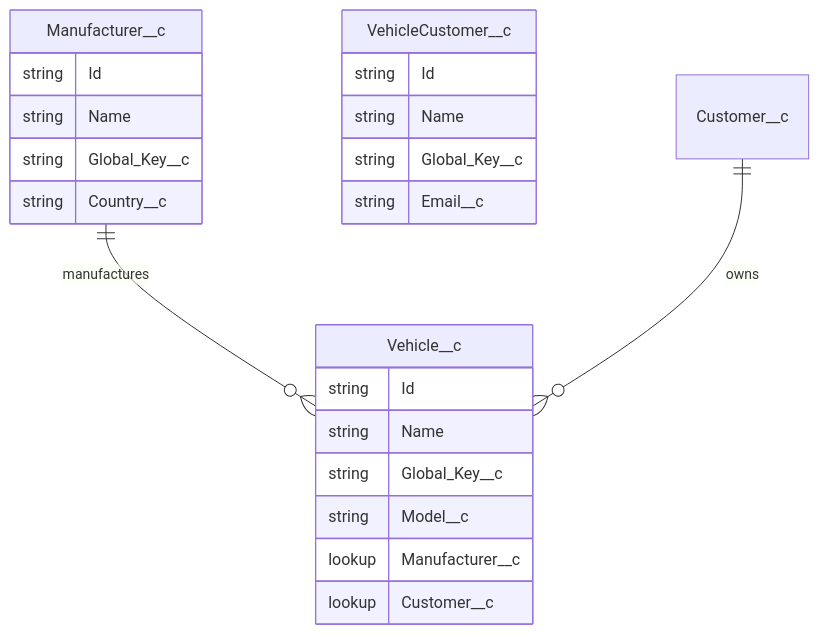
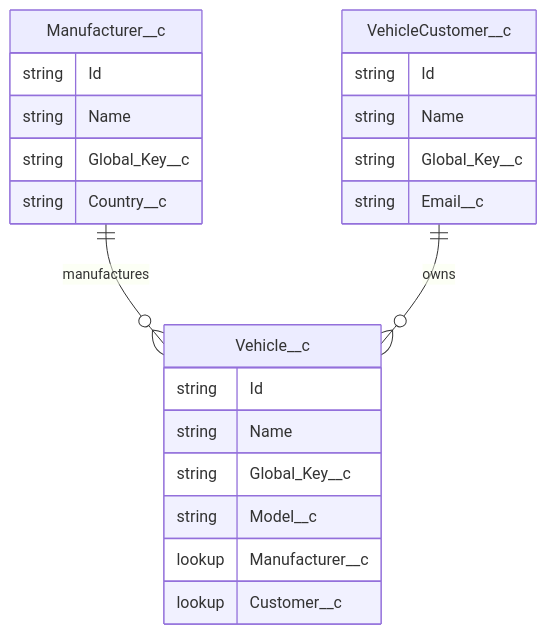
The diagram in README.md (mchinnappan100/load-plan-docs-globalkey), drawn with Mermaid before and after one commit.

````diff
--- a/README.md
+++ b/README.md
@@ -101,29 +101,29 @@
 ```mermaid
 erDiagram
 
     Manufacturer__c {
         string Id
         string Name
         string Global_Key__c
         string Country__c
     }
 
     VehicleCustomer__c {
         string Id
         string Name
         string Global_Key__c
         string Email__c
     }
 
     Vehicle__c {
         string Id
         string Name
         string Global_Key__c
         string Model__c
         lookup Manufacturer__c
         lookup Customer__c
     }
 
     Manufacturer__c ||--o{ Vehicle__c : "manufactures"
-    Customer__c ||--o{ Vehicle__c : "owns"
+    VehicleCustomer__c ||--o{ Vehicle__c : "owns"
 ```
````
